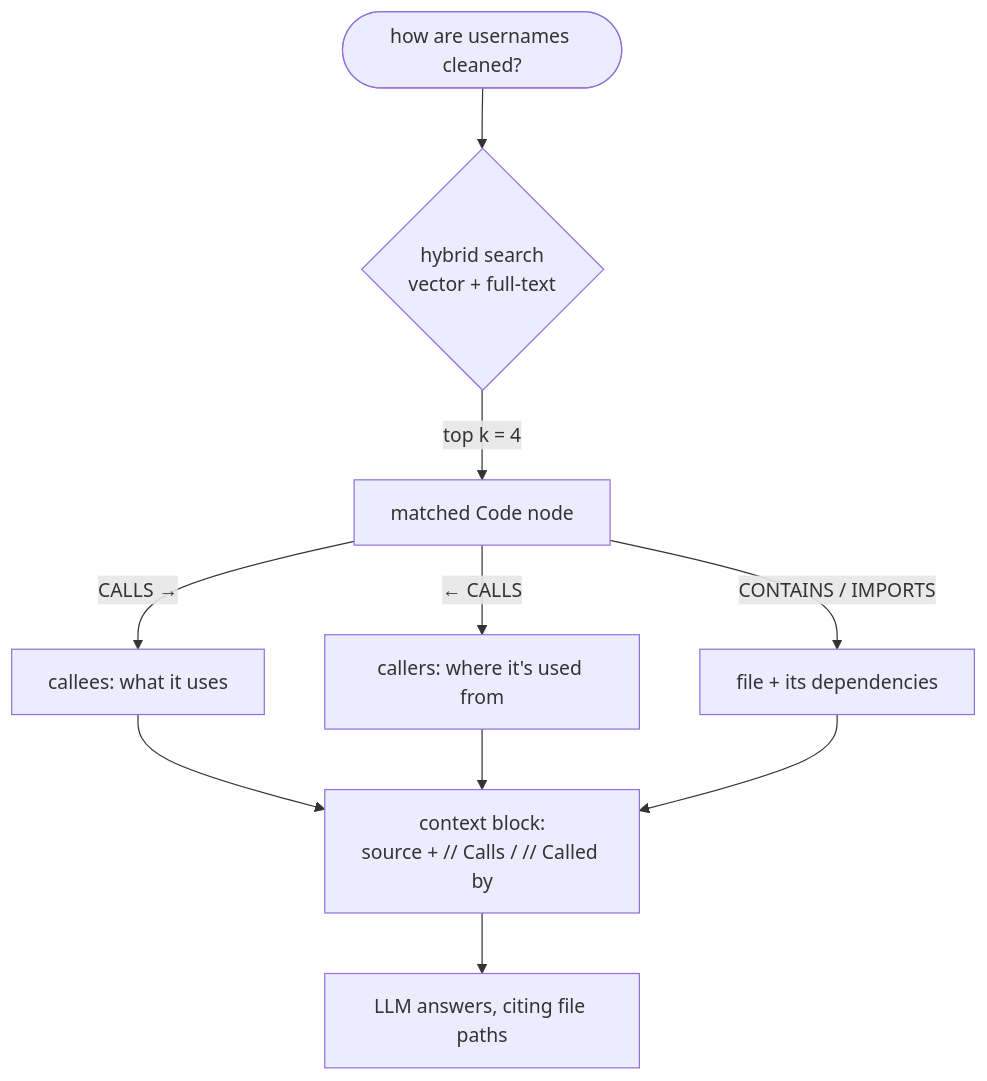
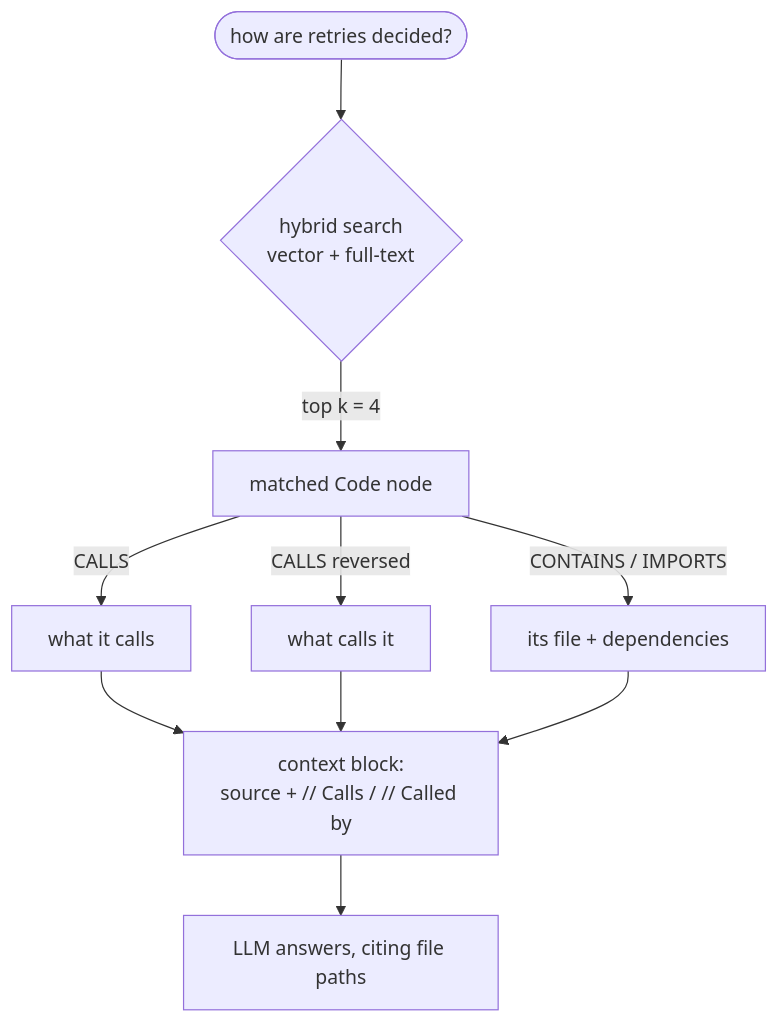
Before and after one commit to CulturalProfessor/genai-stack: the third of 3 diagrams in readme.md, drawn with Mermaid. The commit also changed other lines of this file, not shown here.

Commit message:
rewrite readme around what it is and where things live

````diff
--- a/readme.md
+++ b/readme.md
@@ -48,12 +45,12 @@
 ```mermaid
 flowchart TD
-    Q(["how are usernames cleaned?"]) --> H{"hybrid search<br/>vector + full-text"}
+    Q(["how are retries decided?"]) --> H{"hybrid search<br/>vector + full-text"}
     H -->|top k = 4| HIT["matched Code node"]
-    HIT -->|CALLS →| CALLEE["callees: what it uses"]
-    HIT -->|← CALLS| CALLER["callers: where it's used from"]
-    HIT -->|CONTAINS / IMPORTS| FILE["file + its dependencies"]
+    HIT -->|CALLS| CALLEE["what it calls"]
+    HIT -->|CALLS reversed| CALLER["what calls it"]
+    HIT -->|CONTAINS / IMPORTS| FILE["its file + dependencies"]
     CALLEE --> CTX["context block:<br/>source + // Calls / // Called by"]
     CALLER --> CTX
     FILE --> CTX
     CTX --> LLM["LLM answers, citing file paths"]
 ```
````
